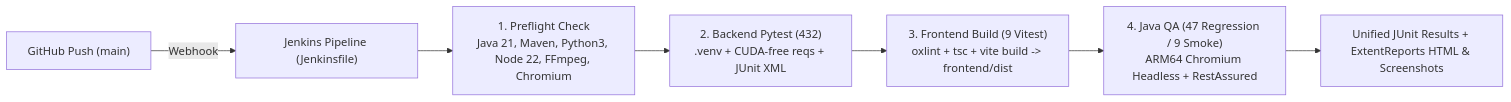
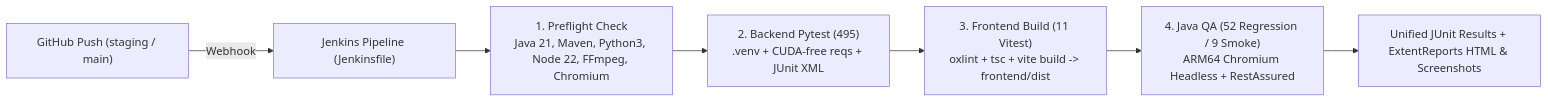
The second of 2 diagrams in docs/QA_TEST_PLAN.md (talevi83/SubBuildStudio), drawn with Mermaid before and after one commit. The commit also changed other lines of this file and 49 other files, not shown here.

````diff
--- a/docs/QA_TEST_PLAN.md
+++ b/docs/QA_TEST_PLAN.md
@@ -189,9 +192,9 @@
 ```mermaid
 flowchart LR
-    GH["GitHub Push (main)"] -->|Webhook| J["Jenkins Pipeline (Jenkinsfile)"]
+    GH["GitHub Push (staging / main)"] -->|Webhook| J["Jenkins Pipeline (Jenkinsfile)"]
     J --> S1["1. Preflight Check<br/>Java 21, Maven, Python3, Node 22, FFmpeg, Chromium"]
-    S1 --> S2["2. Backend Pytest (432)<br/>.venv + CUDA-free reqs + JUnit XML"]
-    S2 --> S3["3. Frontend Build (9 Vitest)<br/>oxlint + tsc + vite build -> frontend/dist"]
-    S3 --> S4["4. Java QA (47 Regression / 9 Smoke)<br/>ARM64 Chromium Headless + RestAssured"]
+    S1 --> S2["2. Backend Pytest (495)<br/>.venv + CUDA-free reqs + JUnit XML"]
+    S2 --> S3["3. Frontend Build (11 Vitest)<br/>oxlint + tsc + vite build -> frontend/dist"]
+    S3 --> S4["4. Java QA (52 Regression / 9 Smoke)<br/>ARM64 Chromium Headless + RestAssured"]
     S4 --> R["Unified JUnit Results + ExtentReports HTML & Screenshots"]
 ```
````
